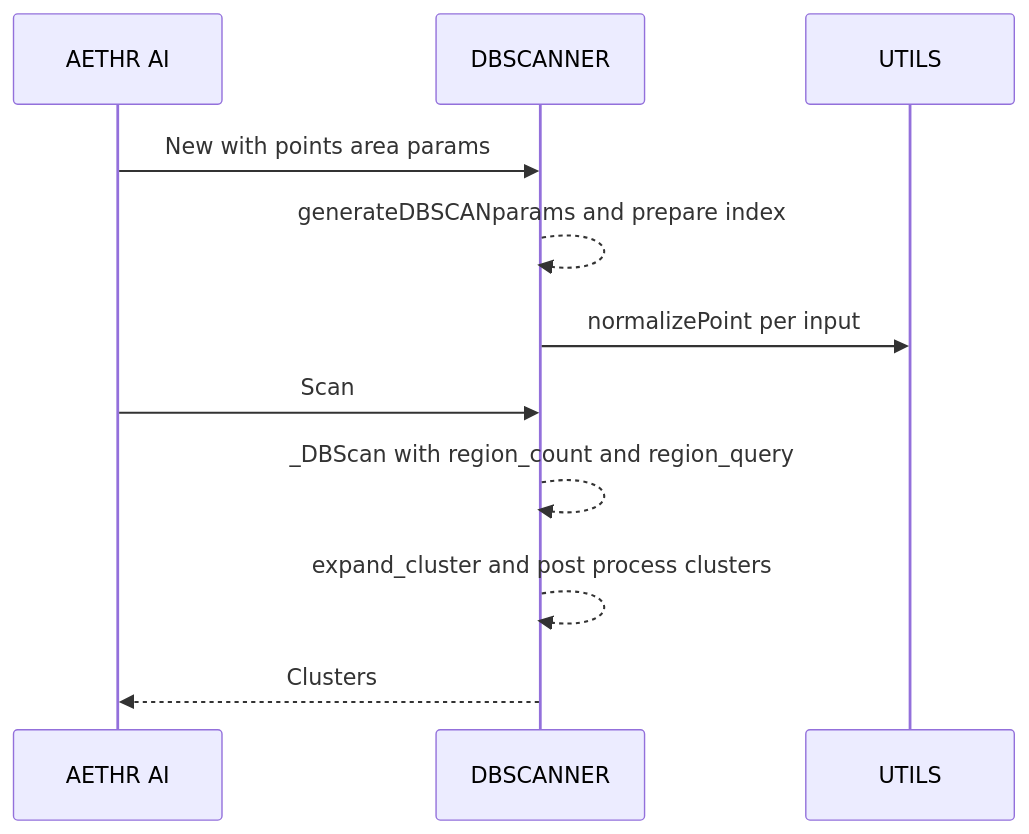
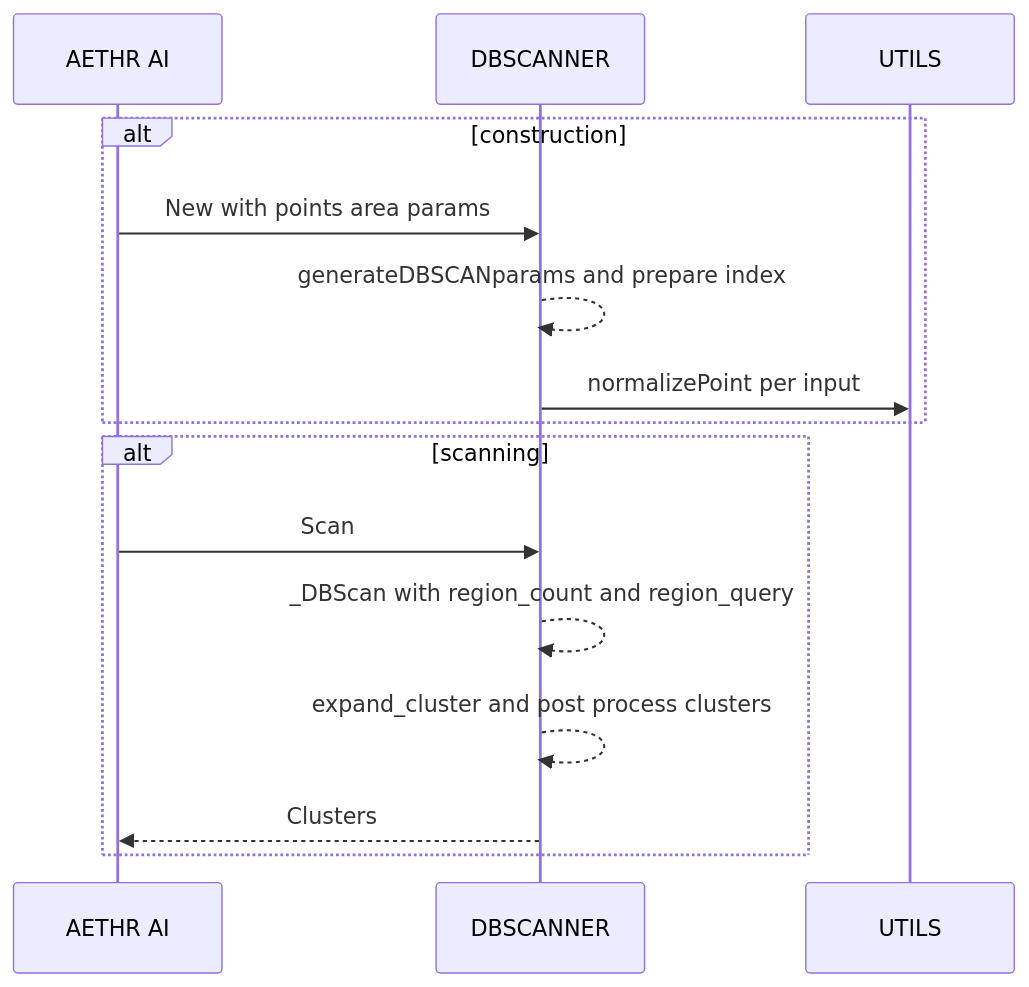
One commit to Gh0st352/AETHR changed diagram 12 of 12 in docs/ai/dbscan.md. Above: the diagram before and after it, drawn with Mermaid. The commit also changed other lines of this file and 3 other files, not shown here.

First line of the commit message:
docs(ai): normalize Mermaid diagrams, headings, and classes

````diff
--- a/docs/ai/dbscan.md
+++ b/docs/ai/dbscan.md
@@ -227,14 +231,20 @@
 ```mermaid
 %% shared theme: docs/_mermaid/theme.json %%
 sequenceDiagram
   participant AI as AETHR AI
   participant DB as DBSCANNER
   participant U as UTILS
-  AI->>DB: New with points area params
-  DB-->>DB: generateDBSCANparams and prepare index
-  DB->>U: normalizePoint per input
-  AI->>DB: Scan
-  DB-->>DB: _DBScan with region_count and region_query
-  DB-->>DB: expand_cluster and post process clusters
-  DB-->>AI: Clusters
+
+  alt construction
+    AI->>DB: New with points area params
+    DB-->>DB: generateDBSCANparams and prepare index
+    DB->>U: normalizePoint per input
+  end
+
+  alt scanning
+    AI->>DB: Scan
+    DB-->>DB: _DBScan with region_count and region_query
+    DB-->>DB: expand_cluster and post process clusters
+    DB-->>AI: Clusters
+  end
 ```
````
